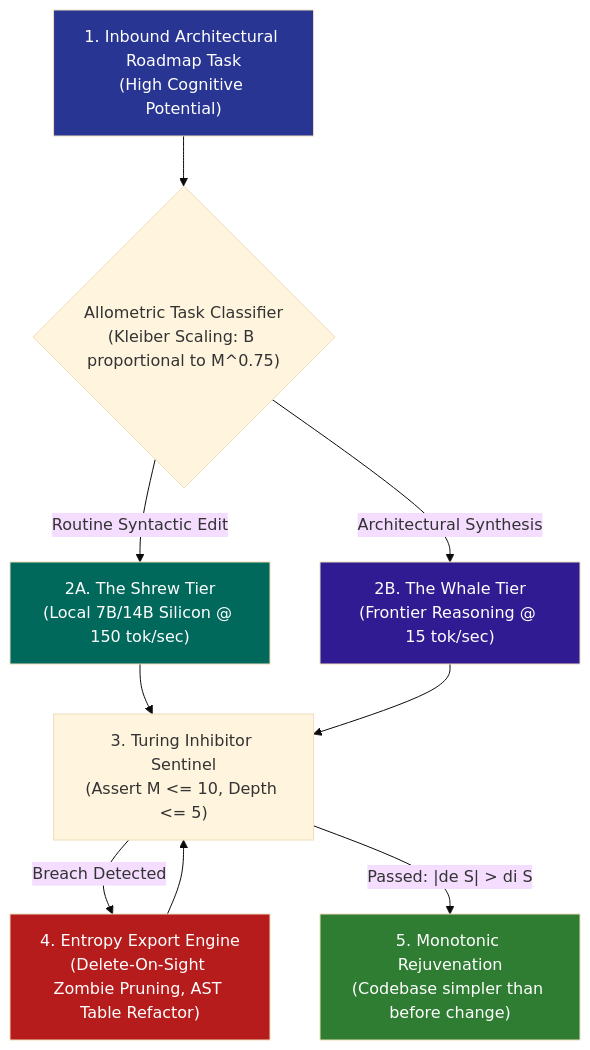
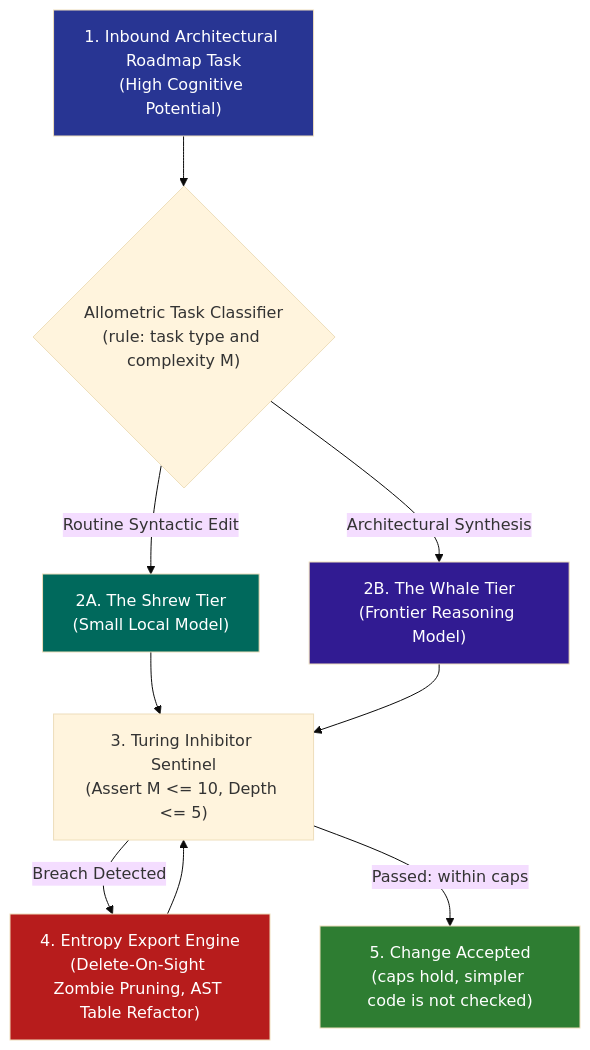
One commit to dan-petty/vibes changed the diagram in patterns/dissipative-entropy-reduction-and-allometric-swarm-routing.md. Above: the diagram before and after it, drawn with Mermaid (base theme). The commit also changed other lines of this file and 248 other files, not shown here.

````diff
--- a/patterns/dissipative-entropy-reduction-and-allometric-swarm-routing.md
+++ b/patterns/dissipative-entropy-reduction-and-allometric-swarm-routing.md
@@ -22,23 +24,23 @@
 ```mermaid
 flowchart TD
     classDef input fill:#283593,color:#fff
     classDef shrew fill:#00695c,color:#fff
     classDef whale fill:#311b92,color:#fff
     classDef export fill:#b71c1c,color:#fff
     classDef output fill:#2e7d32,color:#fff
 
     Task["1. Inbound Architectural Roadmap Task<br/>(High Cognitive Potential)"]:::input
 
-    Task --> Router{"Allometric Task Classifier<br/>(Kleiber Scaling: B proportional to M^0.75)"}
+    Task --> Router{"Allometric Task Classifier<br/>(rule: task type and complexity M)"}
 
-    Router -->|"Routine Syntactic Edit"| Shrew["2A. The Shrew Tier<br/>(Local 7B/14B Silicon @ 150 tok/sec)"]:::shrew
-    Router -->|"Architectural Synthesis"| Whale["2B. The Whale Tier<br/>(Frontier Reasoning @ 15 tok/sec)"]:::whale
+    Router -->|"Routine Syntactic Edit"| Shrew["2A. The Shrew Tier<br/>(Small Local Model)"]:::shrew
+    Router -->|"Architectural Synthesis"| Whale["2B. The Whale Tier<br/>(Frontier Reasoning Model)"]:::whale
 
     Shrew --> Sentinel["3. Turing Inhibitor Sentinel<br/>(Assert M <= 10, Depth <= 5)"]
     Whale --> Sentinel
 
     Sentinel -->|"Breach Detected"| Prune["4. Entropy Export Engine<br/>(Delete-On-Sight Zombie Pruning, AST Table Refactor)"]:::export
     Prune --> Sentinel
 
-    Sentinel -->|"Passed: |de S| > di S"| Monotonic["5. Monotonic Rejuvenation<br/>(Codebase simpler than before change)"]:::output
+    Sentinel -->|"Passed: within caps"| Monotonic["5. Change Accepted<br/>(caps hold, simpler code is not checked)"]:::output
 ```
````
